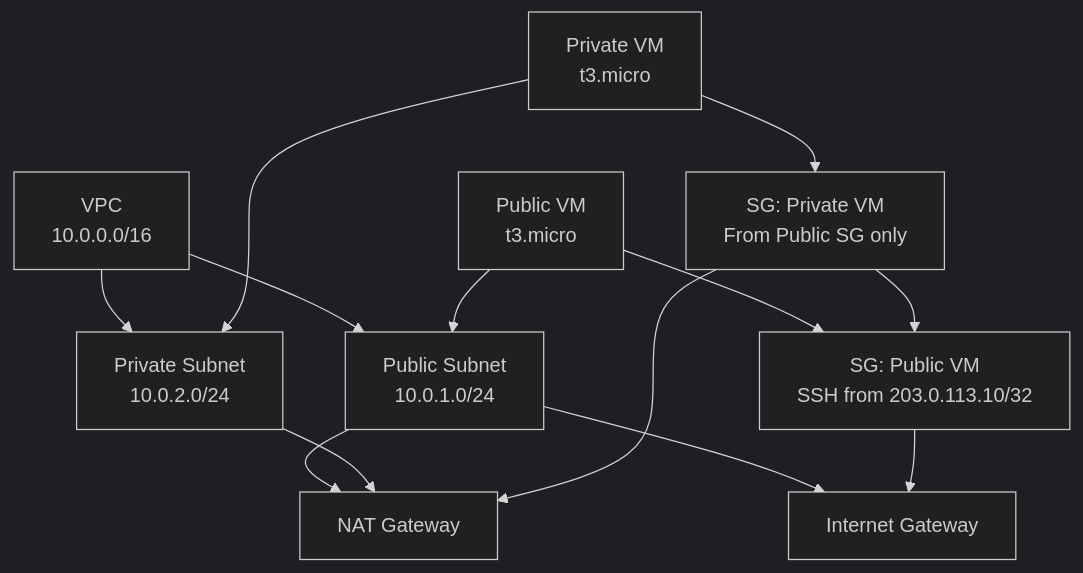
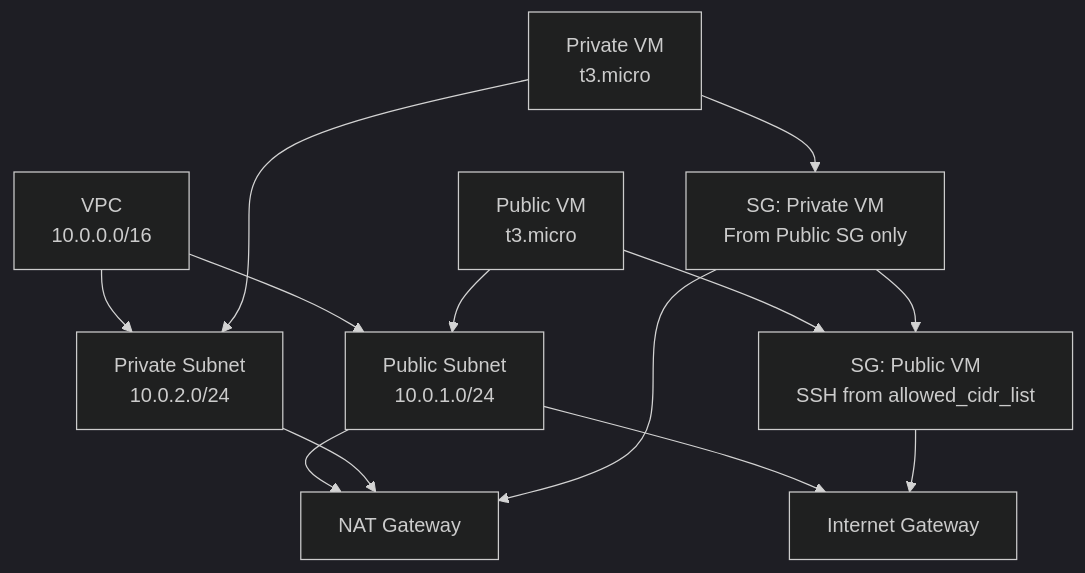
The diagram in README.md (cloudinfraguy/scb-infra), drawn with Mermaid (dark theme) before and after one commit. The commit also changed other lines of this file and 9 other files, not shown here.

````diff
--- a/README.md
+++ b/README.md
@@ -110,25 +101,25 @@
 ```mermaid
 graph TD
     VPC["VPC<br>10.0.0.0/16"]
     PubSubnet["Public Subnet<br>10.0.1.0/24"]
     PrivSubnet["Private Subnet<br>10.0.2.0/24"]
     IGW["Internet Gateway"]
     NAT["NAT Gateway"]
-    SGPublic["SG: Public VM<br>SSH from 203.0.113.10/32"]
+    SGPublic["SG: Public VM<br>SSH from allowed_cidr_list"]
     SGPrivate["SG: Private VM<br>From Public SG only"]
     PubVM["Public VM<br>t3.micro"]
     PrivVM["Private VM<br>t3.micro"]
 
     VPC --> PubSubnet
     VPC --> PrivSubnet
     PubSubnet --> IGW
     PubSubnet --> NAT
     PrivSubnet --> NAT
     PubVM --> PubSubnet
     PrivVM --> PrivSubnet
     PubVM --> SGPublic
     PrivVM --> SGPrivate
     SGPrivate --> SGPublic
     SGPublic --> IGW
     SGPrivate --> NAT
 ```
````
